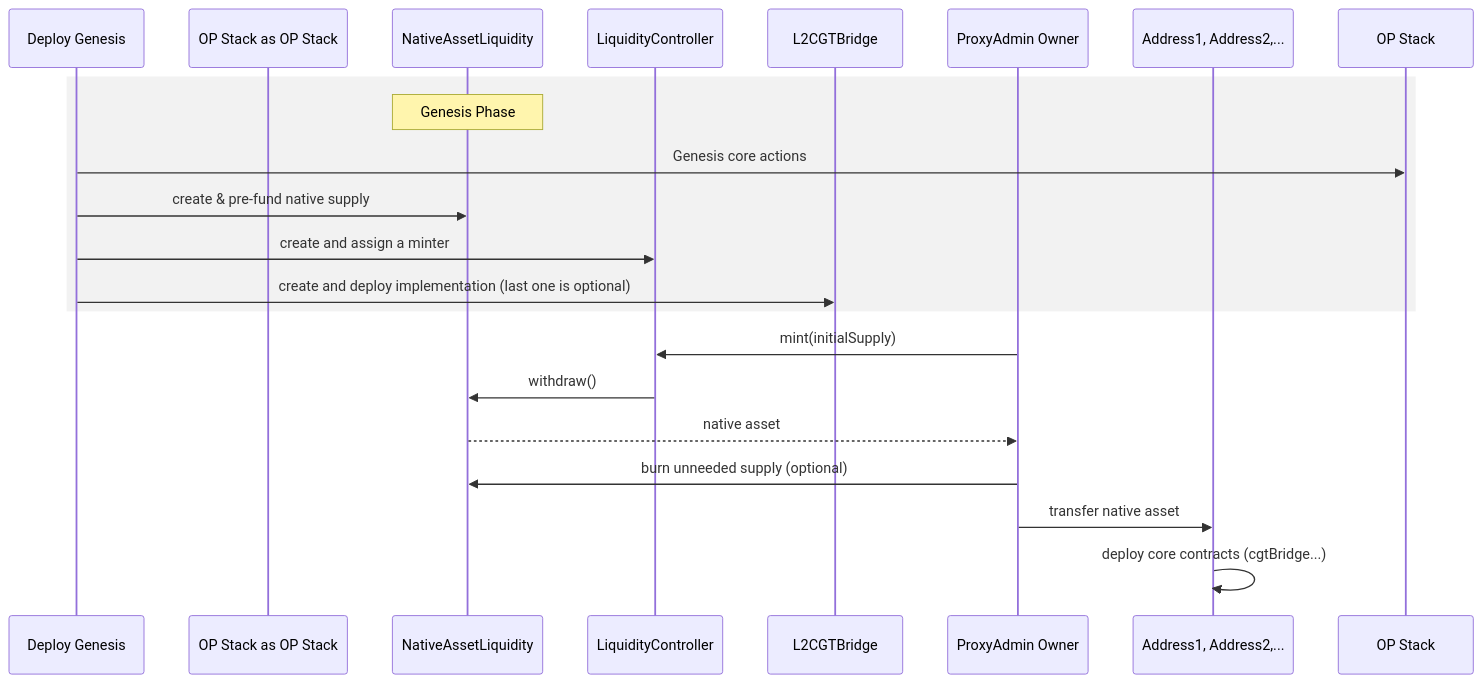
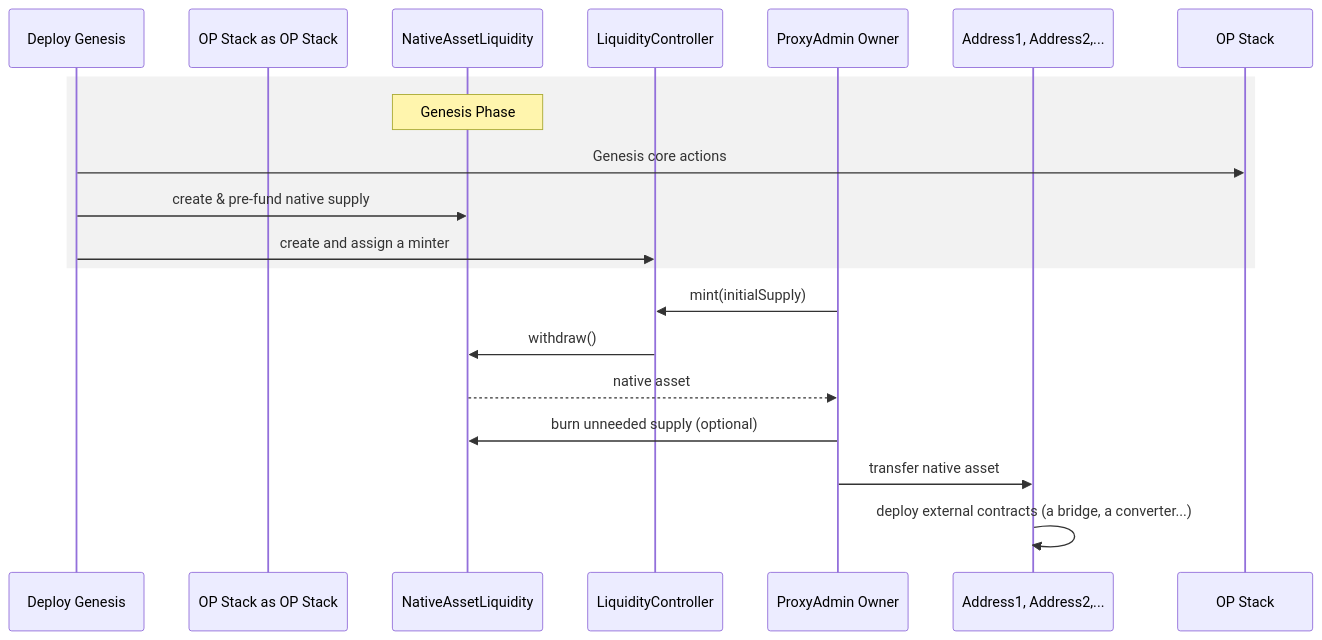
The second of 3 diagrams in protocol/custom-gas-token.md (ethereum-optimism/design-docs), drawn with Mermaid before and after one commit. The commit also changed other lines of this file, not shown here.

Commit message:
docs: remove L2CGTBridge as a predeploy

````diff
--- a/protocol/custom-gas-token.md
+++ b/protocol/custom-gas-token.md
@@ -186,25 +184,23 @@
 ```mermaid
 sequenceDiagram
     participant Genesis   as Deploy Genesis
     participant OP Stack  as OP Stack
     participant Liquidity as NativeAssetLiquidity
     participant Controller as LiquidityController
-    participant Bridge as L2CGTBridge
     participant Governor  as ProxyAdmin Owner
     participant Deployer  as Address1, Address2,...
 
     rect rgba(128, 128, 128, 0.1)
 		note over Liquidity: Genesis Phase
     Genesis->>OP Stack: Genesis core actions
     Genesis->>Liquidity: create & pre-fund native supply
     Genesis->>Controller: create and assign a minter
-    Genesis->>Bridge: create and deploy implementation (last one is optional)
     end
     Governor->>Controller: mint(initialSupply)
     Controller->>Liquidity: withdraw()
     Liquidity-->>Governor: native asset
     Governor->>Liquidity: burn unneeded supply (optional)
     Governor->>Deployer: transfer native asset
-    Deployer->>Deployer: deploy core contracts (cgtBridge...)
+    Deployer->>Deployer: deploy external contracts (a bridge, a converter...)
 
 ```
````
